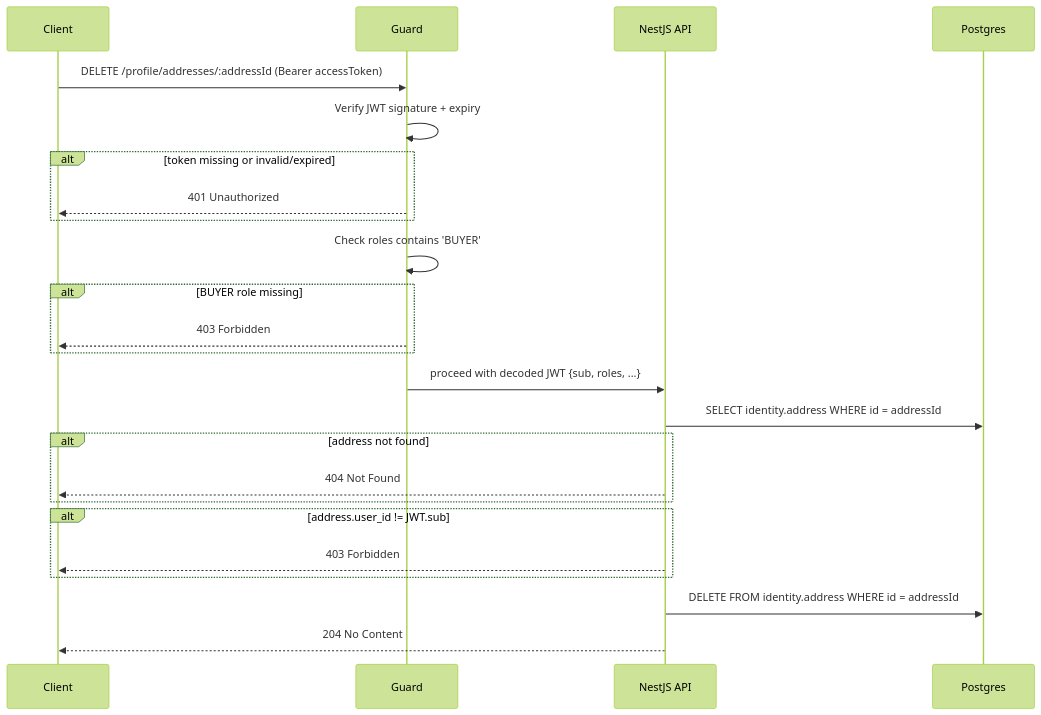
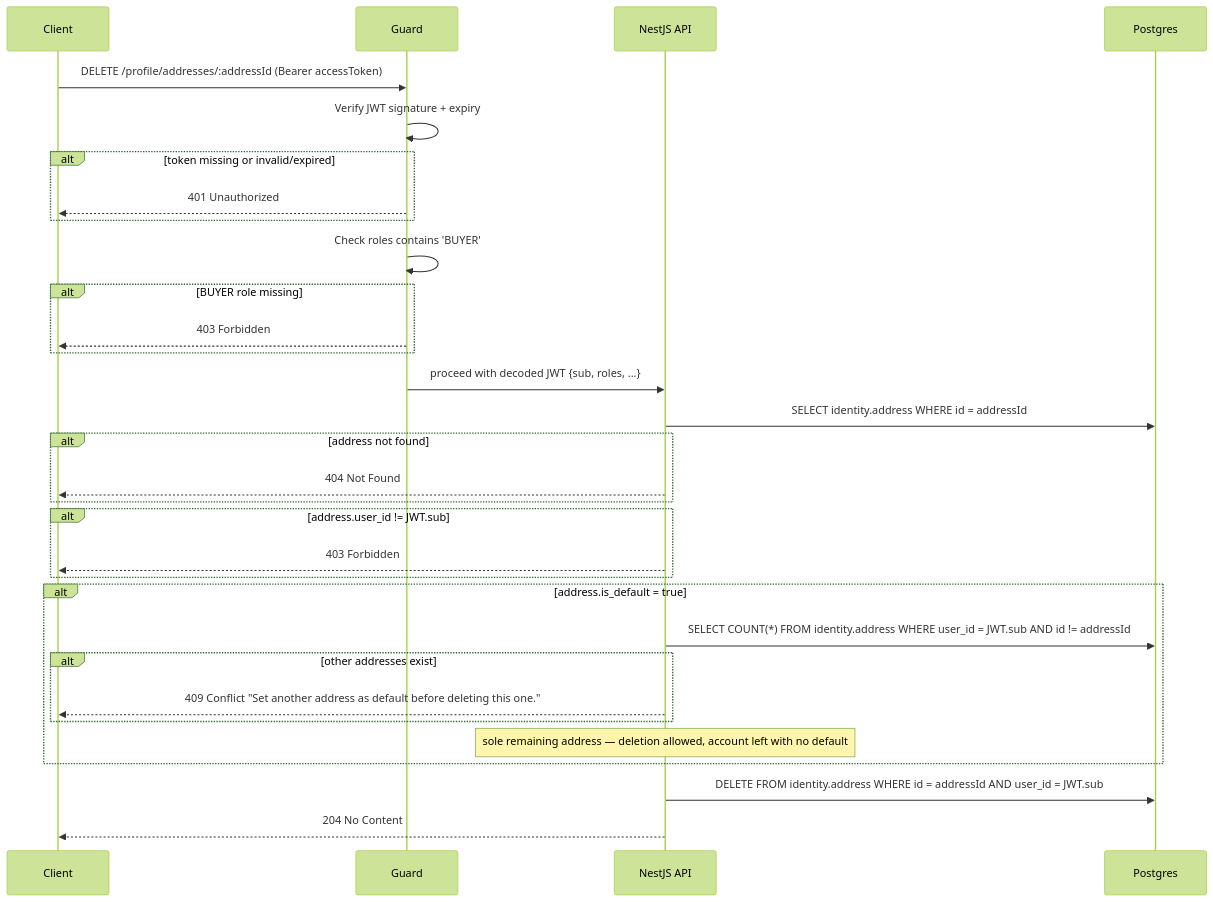
One commit to alisa-uthi/aliceut-ecom-document changed the seventh of 8 diagrams in phase-1/technical-design/api-design/profile.md. Above: the diagram before and after it, drawn with Mermaid (forest theme). The commit also changed other lines of this file and 73 other files, not shown here.

````diff
--- a/phase-1/technical-design/api-design/profile.md
+++ b/phase-1/technical-design/api-design/profile.md
@@ -384,30 +405,38 @@
 ```mermaid
 sequenceDiagram
     participant C as Client
     participant G as Guard
     participant A as NestJS API
     participant PG as Postgres
 
     C->>G: DELETE /profile/addresses/:addressId (Bearer accessToken)
     G->>G: Verify JWT signature + expiry
     alt token missing or invalid/expired
         G-->>C: 401 Unauthorized
     end
     G->>G: Check roles contains 'BUYER'
     alt BUYER role missing
         G-->>C: 403 Forbidden
     end
     G->>A: proceed with decoded JWT {sub, roles, ...}
 
     A->>PG: SELECT identity.address WHERE id = addressId
     alt address not found
         A-->>C: 404 Not Found
     end
     alt address.user_id != JWT.sub
         A-->>C: 403 Forbidden
     end
 
-    A->>PG: DELETE FROM identity.address WHERE id = addressId
+    alt address.is_default = true
+        A->>PG: SELECT COUNT(*) FROM identity.address WHERE user_id = JWT.sub AND id != addressId
+        alt other addresses exist
+            A-->>C: 409 Conflict "Set another address as default before deleting this one."
+        end
+        Note over A: sole remaining address — deletion allowed, account left with no default
+    end
+
+    A->>PG: DELETE FROM identity.address WHERE id = addressId AND user_id = JWT.sub
 
     A-->>C: 204 No Content
 ```
````
